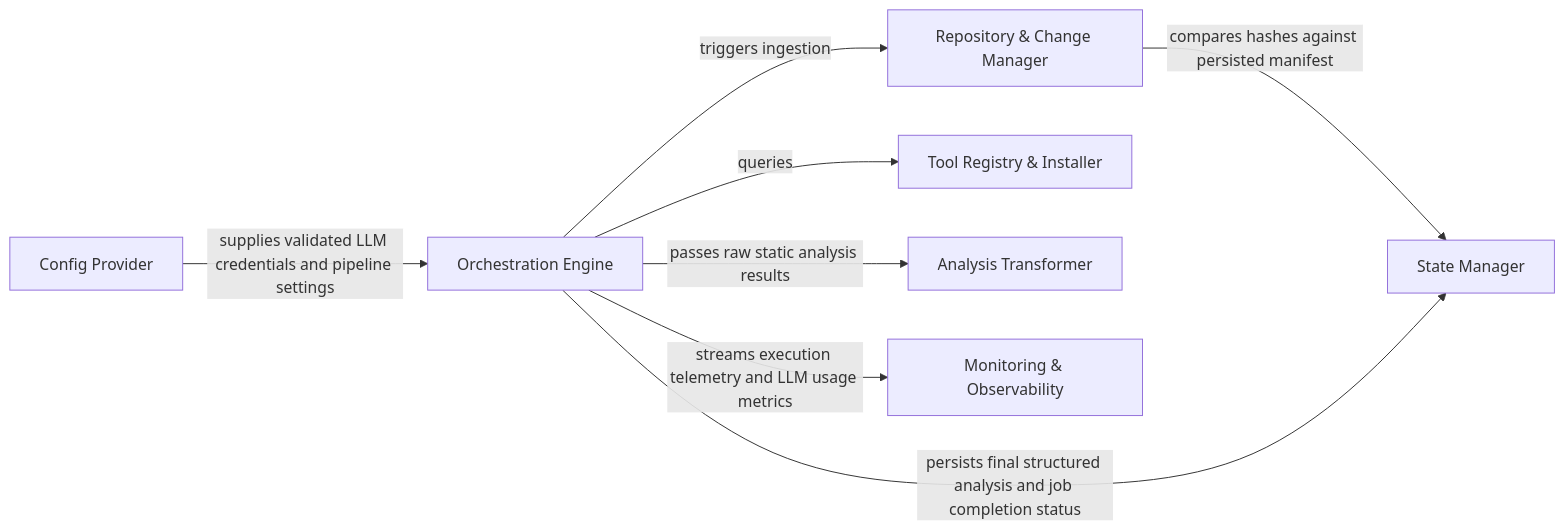
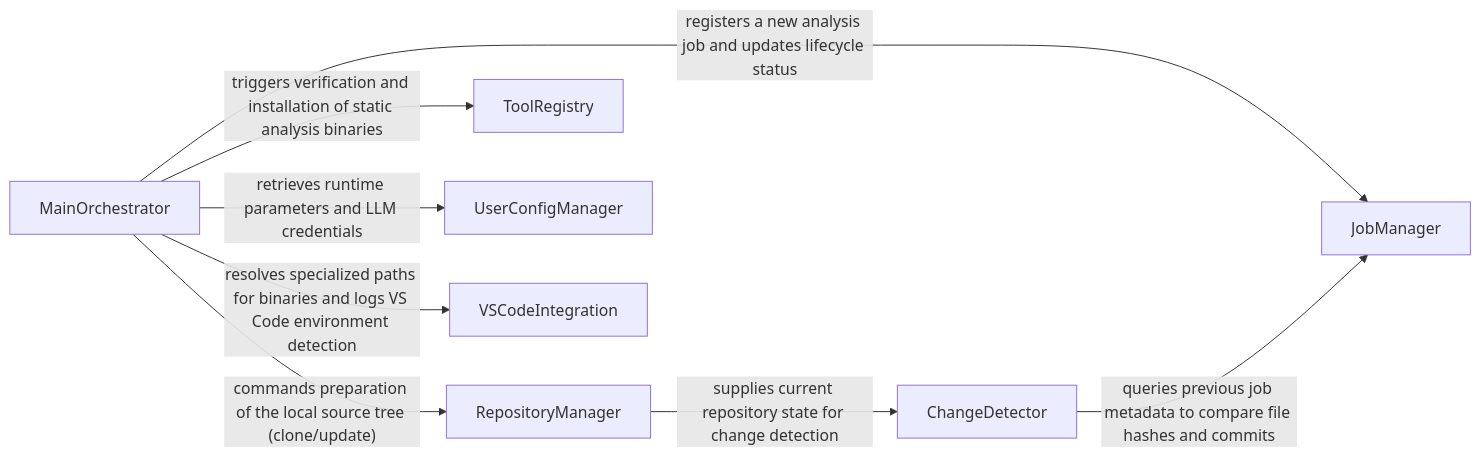
The diagram in .codeboarding/Application_Orchestrator_Repository_Manager.md (CodeBoarding/CodeBoarding), drawn with Mermaid before and after one commit. The commit also changed other lines of this file and 10 other files, not shown here.

````diff
--- a/.codeboarding/Application_Orchestrator_Repository_Manager.md
+++ b/.codeboarding/Application_Orchestrator_Repository_Manager.md
@@ -1,17 +1,17 @@
 ```mermaid
 graph LR
-    Orchestration_Engine["Orchestration Engine"]
-    Repository_Change_Manager["Repository & Change Manager"]
-    Tool_Registry_Installer["Tool Registry & Installer"]
-    Analysis_Transformer["Analysis Transformer"]
-    State_Manager["State Manager"]
-    Config_Provider["Config Provider"]
-    Monitoring_Observability["Monitoring & Observability"]
-    Orchestration_Engine -- "queries" --> Tool_Registry_Installer
-    Orchestration_Engine -- "triggers ingestion" --> Repository_Change_Manager
-    Repository_Change_Manager -- "compares hashes against persisted manifest" --> State_Manager
-    Orchestration_Engine -- "passes raw static analysis results" --> Analysis_Transformer
-    Orchestration_Engine -- "persists final structured analysis and job completion status" --> State_Manager
-    Config_Provider -- "supplies validated LLM credentials and pipeline settings" --> Orchestration_Engine
-    Orchestration_Engine -- "streams execution telemetry and LLM usage metrics" --> Monitoring_Observability
+    MainOrchestrator["MainOrchestrator"]
+    RepositoryManager["RepositoryManager"]
+    ChangeDetector["ChangeDetector"]
+    ToolRegistry["ToolRegistry"]
+    JobManager["JobManager"]
+    UserConfigManager["UserConfigManager"]
+    VSCodeIntegration["VSCodeIntegration"]
+    MainOrchestrator -- "retrieves runtime parameters and LLM credentials" --> UserConfigManager
+    MainOrchestrator -- "triggers verification and installation of static analysis binaries" --> ToolRegistry
+    MainOrchestrator -- "commands preparation of the local source tree (clone/update)" --> RepositoryManager
+    MainOrchestrator -- "registers a new analysis job and updates lifecycle status" --> JobManager
+    RepositoryManager -- "supplies current repository state for change detection" --> ChangeDetector
+    ChangeDetector -- "queries previous job metadata to compare file hashes and commits" --> JobManager
+    MainOrchestrator -- "resolves specialized paths for binaries and logs VS Code environment detection" --> VSCodeIntegration
 ```
````
